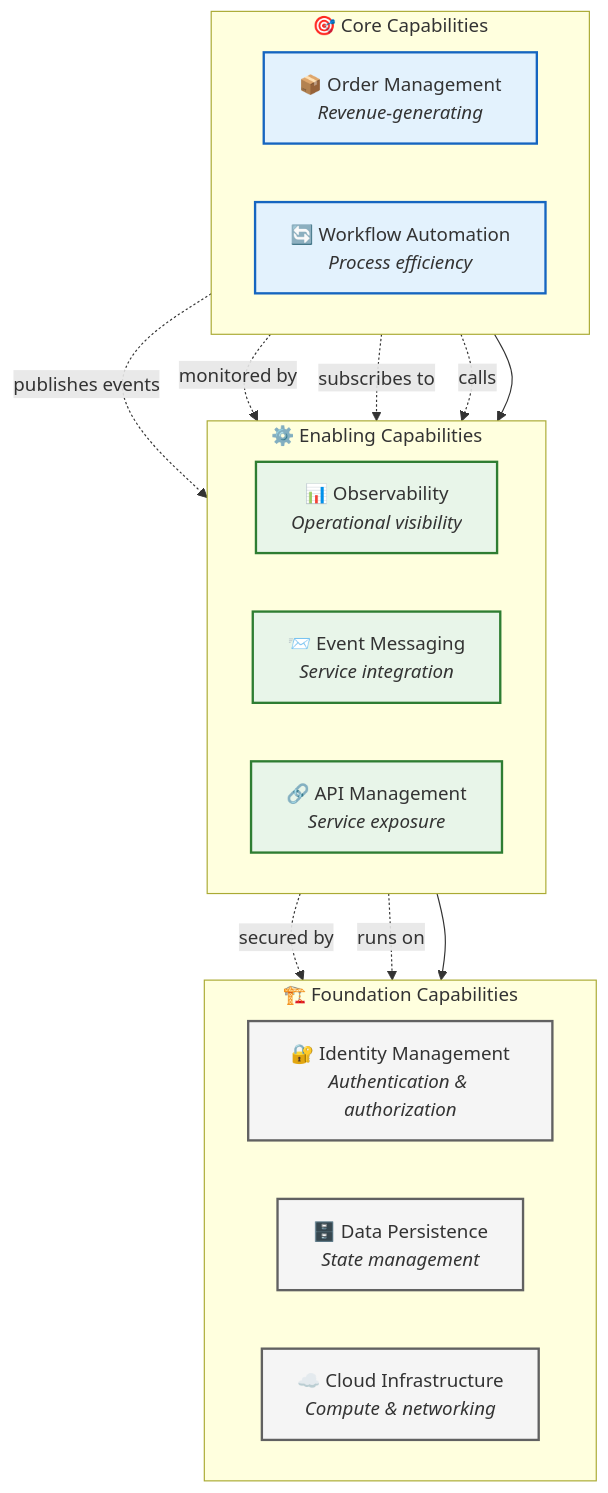
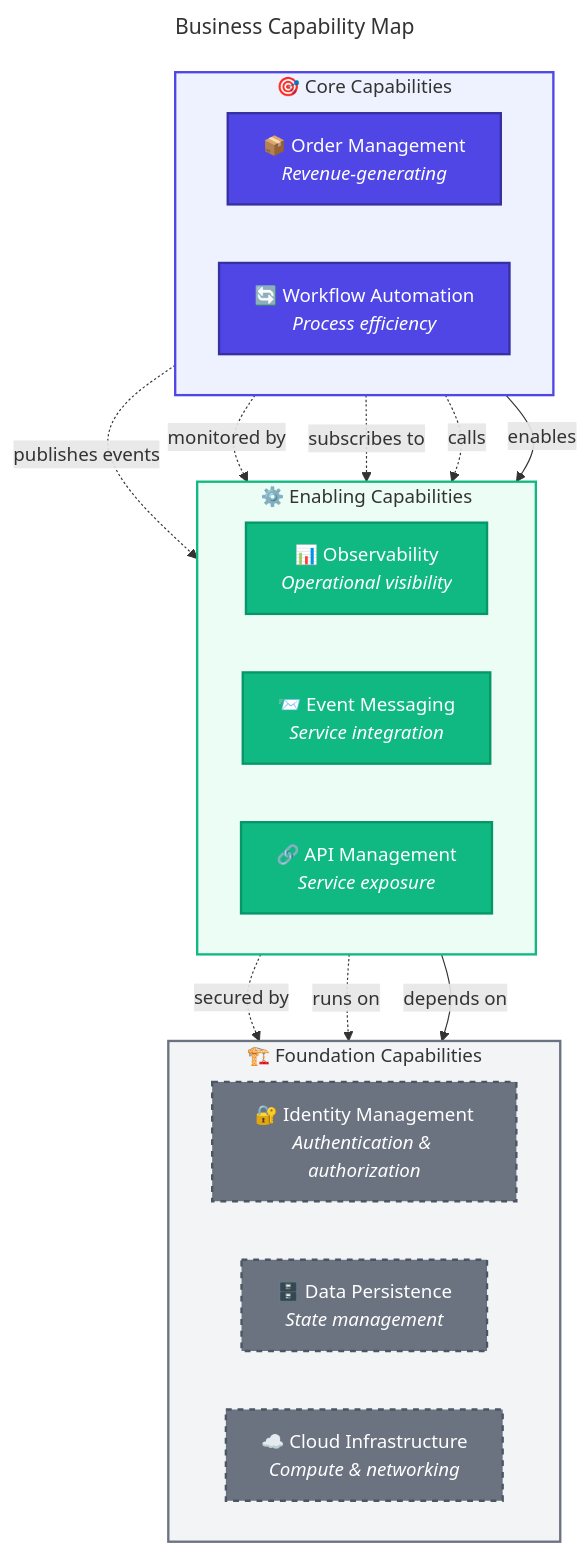
The first of 4 diagrams in docs/architecture/01-business-architecture.md (Evilazaro/Azure-LogicApps-Monitoring), drawn with Mermaid before and after one commit. The commit also changed other lines of this file, not shown here.

Commit message:
refactor: Enhance business architecture documentation with improved capability maps, value streams, and class definitions

````diff
--- a/docs/architecture/01-business-architecture.md
+++ b/docs/architecture/01-business-architecture.md
@@ -74,39 +74,54 @@
 ```mermaid
+---
+title: Business Capability Map
+---
 flowchart TB
+    %% ===== CORE CAPABILITIES =====
     subgraph Core["🎯 Core Capabilities"]
         direction LR
         C1["📦 Order Management<br/><i>Revenue-generating</i>"]
         C2["🔄 Workflow Automation<br/><i>Process efficiency</i>"]
     end
 
+    %% ===== ENABLING CAPABILITIES =====
     subgraph Enabling["⚙️ Enabling Capabilities"]
         direction LR
         E1["📊 Observability<br/><i>Operational visibility</i>"]
         E2["📨 Event Messaging<br/><i>Service integration</i>"]
         E3["🔗 API Management<br/><i>Service exposure</i>"]
     end
 
+    %% ===== FOUNDATION CAPABILITIES =====
     subgraph Foundation["🏗️ Foundation Capabilities"]
         direction LR
         F1["🔐 Identity Management<br/><i>Authentication & authorization</i>"]
         F2["🗄️ Data Persistence<br/><i>State management</i>"]
         F3["☁️ Cloud Infrastructure<br/><i>Compute & networking</i>"]
     end
 
-    Core --> Enabling --> Foundation
+    %% ===== CONNECTIONS =====
+    Core -->|"enables"| Enabling
+    Enabling -->|"depends on"| Foundation
 
     C1 -.->|"publishes events"| E2
     C1 -.->|"monitored by"| E1
     C2 -.->|"subscribes to"| E2
     C2 -.->|"calls"| E3
     E1 -.->|"secured by"| F1
     E2 -.->|"runs on"| F3
 
-    classDef core fill:#e3f2fd,stroke:#1565c0,stroke-width:2px
-    classDef enabling fill:#e8f5e9,stroke:#2e7d32,stroke-width:2px
-    classDef foundation fill:#f5f5f5,stroke:#616161,stroke-width:2px
+    %% ===== CLASS DEFINITIONS =====
+    classDef primary fill:#4F46E5,stroke:#3730A3,color:#FFFFFF,stroke-width:2px
+    classDef secondary fill:#10B981,stroke:#059669,color:#FFFFFF,stroke-width:2px
+    classDef external fill:#6B7280,stroke:#4B5563,color:#FFFFFF,stroke-width:2px,stroke-dasharray:5 5
 
-    class C1,C2 core
-    class E1,E2,E3 enabling
-    class F1,F2,F3 foundation
+    %% ===== CLASS ASSIGNMENTS =====
+    class C1,C2 primary
+    class E1,E2,E3 secondary
+    class F1,F2,F3 external
+
+    %% ===== SUBGRAPH STYLES =====
+    style Core fill:#EEF2FF,stroke:#4F46E5,stroke-width:2px
+    style Enabling fill:#ECFDF5,stroke:#10B981,stroke-width:2px
+    style Foundation fill:#F3F4F6,stroke:#6B7280,stroke-width:2px
 ```
````
